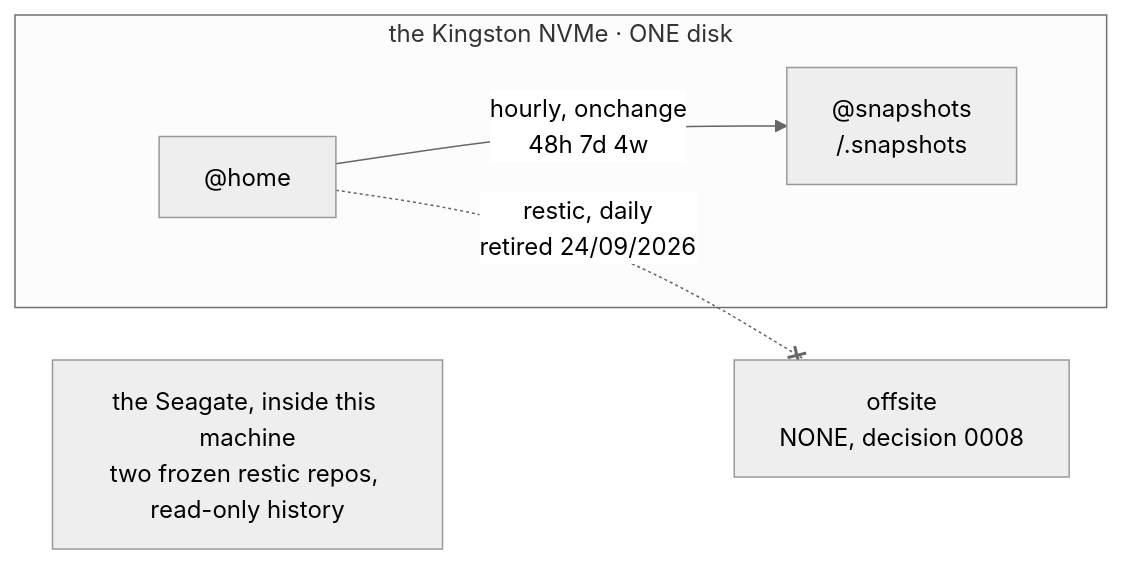
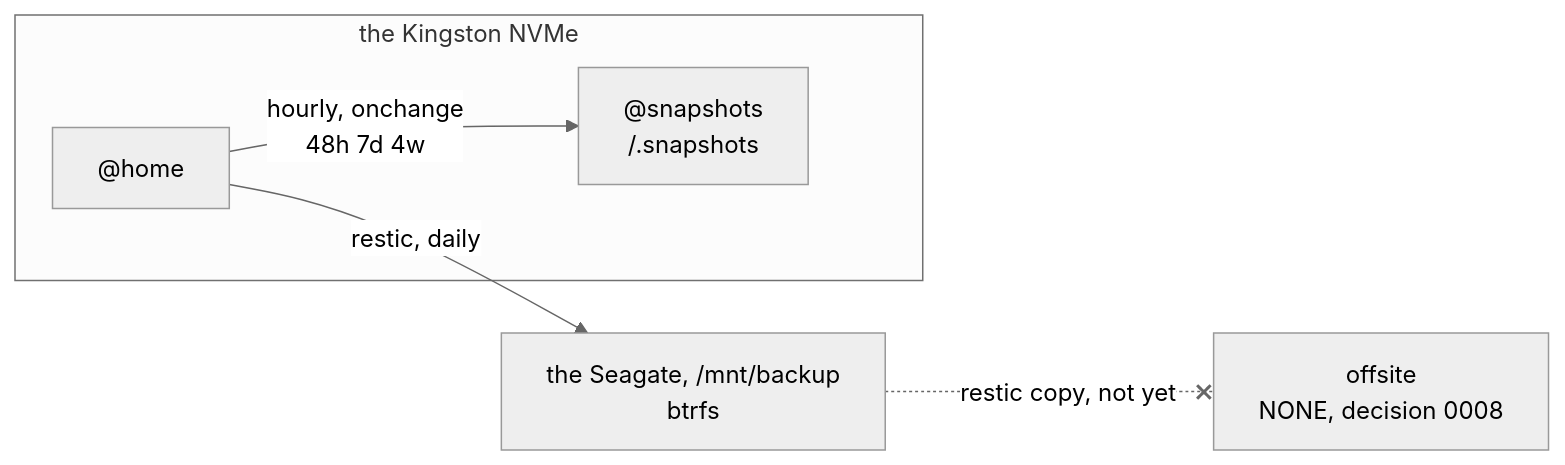
The diagram in docs/notes/boot-and-storage/btrbk.md (v1cferr/dotfiles), drawn with Mermaid (neutral theme) before and after one commit. The commit also changed other lines of this file and 8 other files, not shown here.

````diff
--- a/docs/notes/boot-and-storage/btrbk.md
+++ b/docs/notes/boot-and-storage/btrbk.md
@@ -24,12 +24,12 @@
 ```mermaid
 flowchart LR
-    accTitle: What protects @home, as of 24/09/2026
-    accDescr: btrbk snapshots @home hourly into @snapshots on the same NVMe, keeping 48 hours, 7 days and 4 weeks. The daily restic backup was retired on 24/09/2026; its two old repositories sit frozen on the Seagate inside this machine. There is no offsite copy, by decision 0008.
+    accTitle: What protects @home, as of 13/10/2026
+    accDescr: btrbk snapshots @home hourly into @snapshots on the same NVMe, keeping 48 hours, 7 days and 4 weeks. restic copies it daily, encrypted, to the Seagate backup disk inside this machine. There is no offsite copy yet, by decision 0008.
 
-    subgraph nvme["the Kingston NVMe · ONE disk"]
+    subgraph nvme["the Kingston NVMe"]
         HOME["@home"] -->|"hourly, onchange<br>48h 7d 4w"| SNAP["@snapshots<br>/.snapshots"]
     end
 
-    HOME -.-x|"restic, daily<br>retired 24/09/2026"| OFF["offsite<br>NONE, decision 0008"]
-    SEA["the Seagate, inside this machine<br>two frozen restic repos, read-only history"]
+    HOME -->|"restic, daily"| SEA["the Seagate, /mnt/backup<br>btrfs"]
+    SEA -.-x|"restic copy, not yet"| OFF["offsite<br>NONE, decision 0008"]
 ```
````
